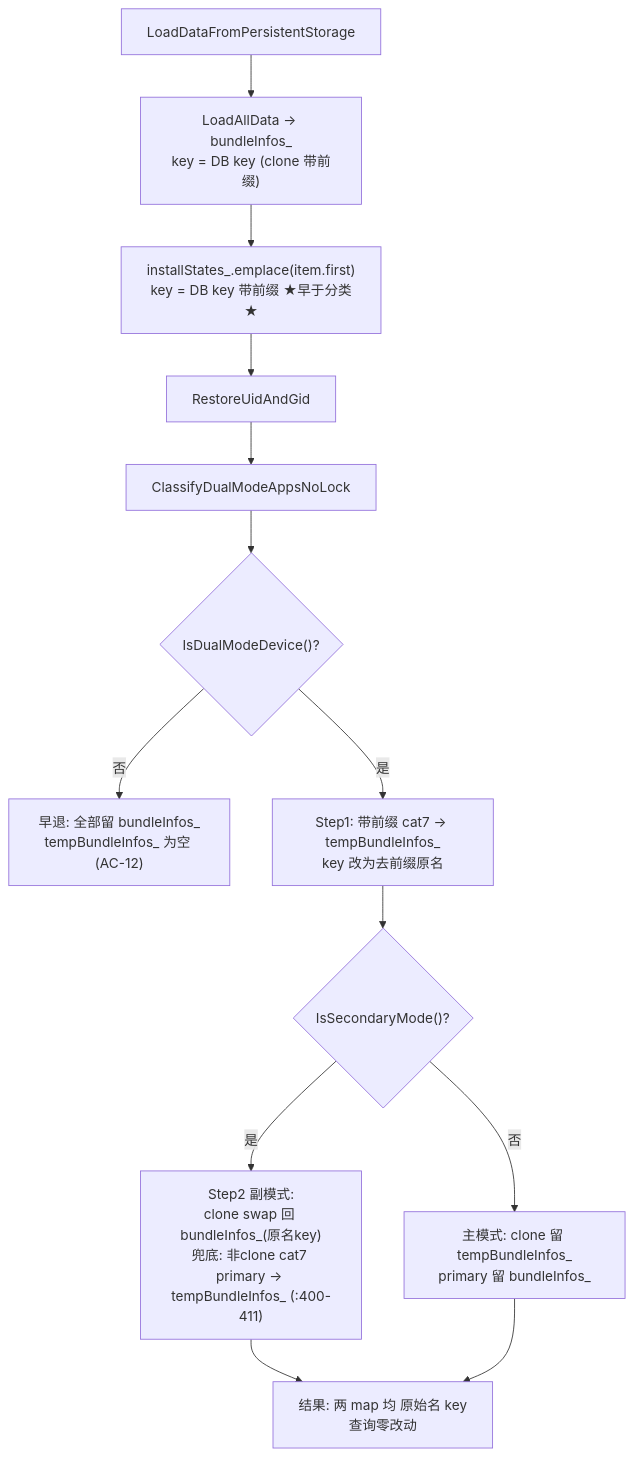
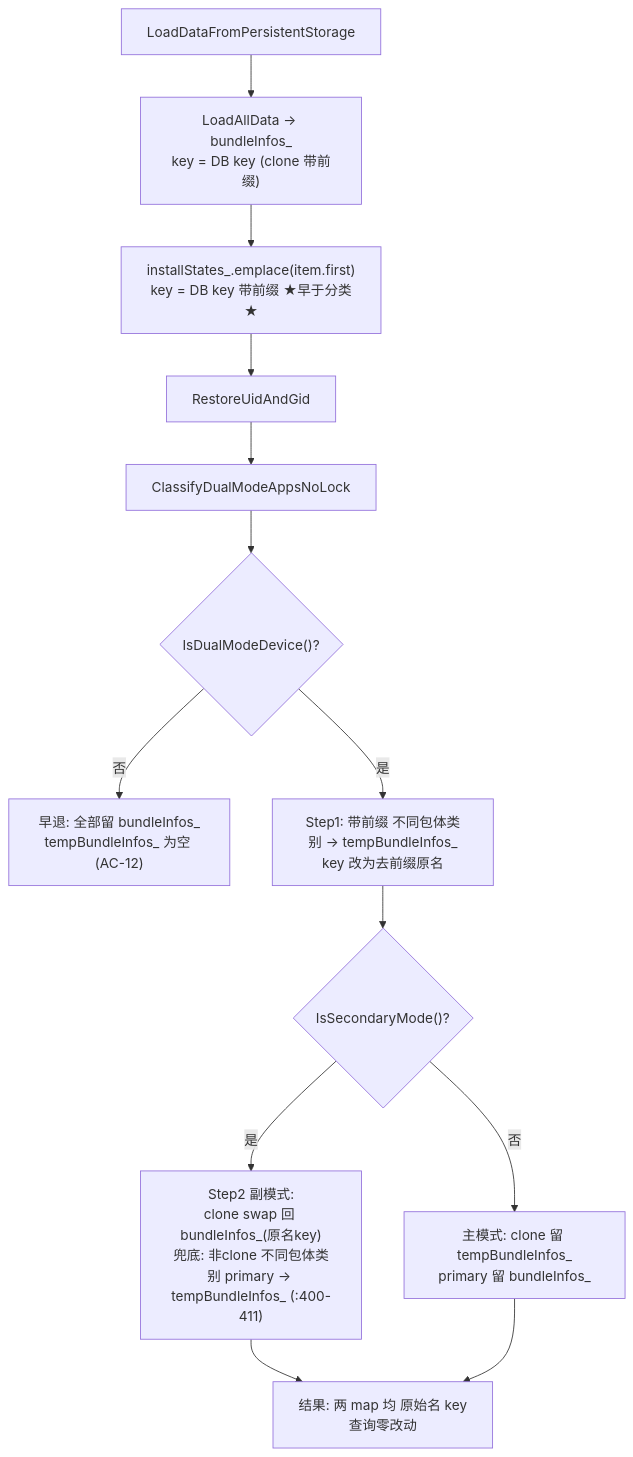
The fourth of 7 diagrams in .specs/features/dual-mode-app-install/design.md (eclipse-oniro-mirrors/bundlemanager_bundle_framework), drawn with Mermaid before and after one commit. The commit also changed other lines of this file and 4 other files, not shown here.

````diff
--- a/.specs/features/dual-mode-app-install/design.md
+++ b/.specs/features/dual-mode-app-install/design.md
@@ -483,15 +483,15 @@
 ```mermaid
 flowchart TD
     A["LoadDataFromPersistentStorage"] --> B["LoadAllData → bundleInfos_<br/>key = DB key (clone 带前缀)"]
     B --> C["installStates_.emplace(item.first)<br/>key = DB key 带前缀 ★早于分类★"]
     C --> D["RestoreUidAndGid"]
     D --> E["ClassifyDualModeAppsNoLock"]
     E --> F{"IsDualModeDevice()?"}
     F -- 否 --> G["早退: 全部留 bundleInfos_<br/>tempBundleInfos_ 为空 (AC-12)"]
-    F -- 是 --> H["Step1: 带前缀 cat7 → tempBundleInfos_<br/>key 改为去前缀原名"]
+    F -- 是 --> H["Step1: 带前缀 不同包体类别 → tempBundleInfos_<br/>key 改为去前缀原名"]
     H --> I{"IsSecondaryMode()?"}
-    I -- 是 --> J["Step2 副模式:<br/>clone swap 回 bundleInfos_(原名key)<br/>兜底: 非clone cat7 primary → tempBundleInfos_ (:400-411)"]
+    I -- 是 --> J["Step2 副模式:<br/>clone swap 回 bundleInfos_(原名key)<br/>兜底: 非clone 不同包体类别 primary → tempBundleInfos_ (:400-411)"]
     I -- 否 --> K["主模式: clone 留 tempBundleInfos_<br/>primary 留 bundleInfos_"]
     J --> L["结果: 两 map 均 原始名 key<br/>查询零改动"]
     K --> L
 ```
````
